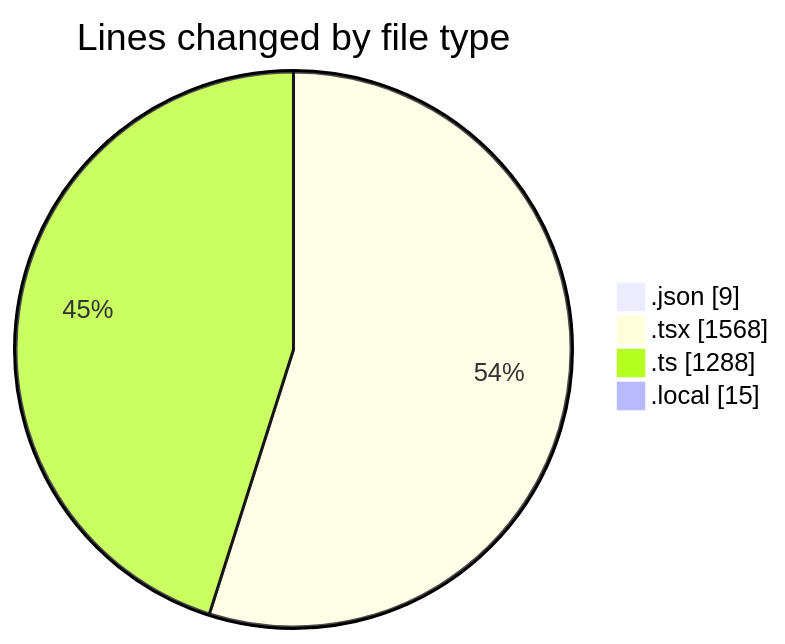
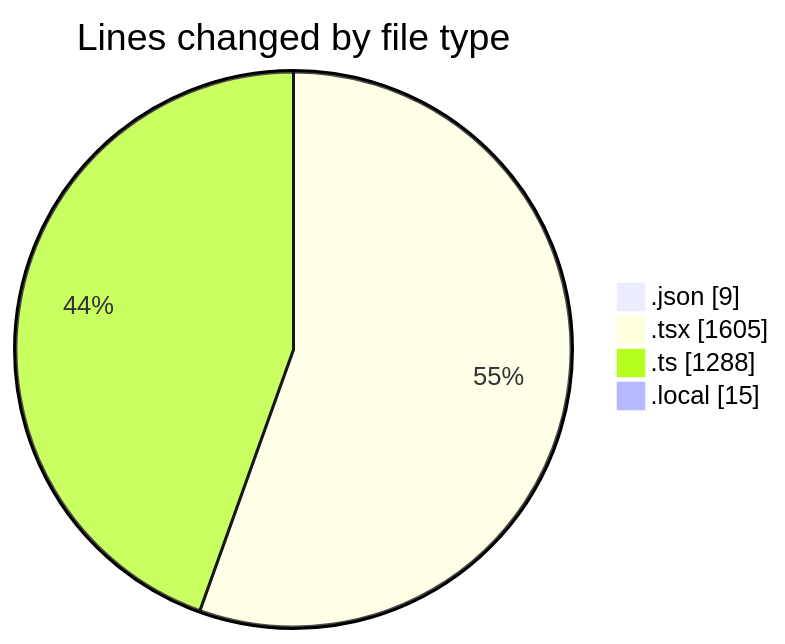
Before and after one commit to julien-gomy/code-tracking: the first of 2 diagrams in 2025-10-27/eventscop-frontend-guide__workspace_/README.md, drawn with Mermaid. The commit also changed other lines of this file and 1 other file, not shown here.

````diff
--- a/2025-10-27/eventscop-frontend-guide__workspace_/README.md
+++ b/2025-10-27/eventscop-frontend-guide__workspace_/README.md
@@ -34,8 +35,8 @@
 ```mermaid
 pie showData
 title Lines changed by file type
 ".json" : 9
-".tsx" : 1568
+".tsx" : 1605
 ".ts" : 1288
 ".local" : 15
 ```
````
